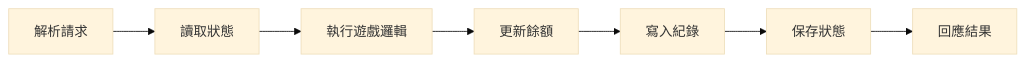
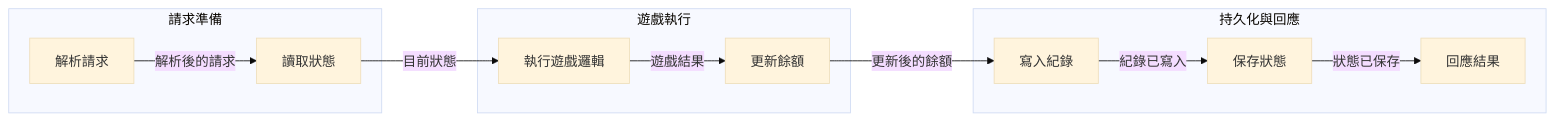
The third of 8 diagrams in skills/write-md/references/mermaid-guide_zhTW.md (Aery9527/misty-marketplace), drawn with Mermaid (base theme) before and after one commit. The commit also changed other lines of this file and 11 other files, not shown here.

First line of the commit message:
docs(write-md): 精簡共通規則並修正 Mermaid 範例一致性

````diff
--- a/skills/write-md/references/mermaid-guide_zhTW.md
+++ b/skills/write-md/references/mermaid-guide_zhTW.md
@@ -92,9 +89,15 @@
 ```mermaid
 flowchart LR
-    A["解析請求"] --> B["讀取狀態"]
-    B --> C["執行遊戲邏輯"]
-    C --> D["更新餘額"]
-    D --> E["寫入紀錄"]
-    E --> F["保存狀態"]
-    F --> G["回應結果"]
+    subgraph Preparation["請求準備"]
+        A["解析請求"] -->|解析後的請求| B["讀取狀態"]
+    end
+    subgraph Execution["遊戲執行"]
+        C["執行遊戲邏輯"] -->|遊戲結果| D["更新餘額"]
+    end
+    subgraph Completion["持久化與回應"]
+        E["寫入紀錄"] -->|紀錄已寫入| F["保存狀態"]
+        F -->|狀態已保存| G["回應結果"]
+    end
+    B -->|目前狀態| C
+    D -->|更新後的餘額| E
 ```
````
